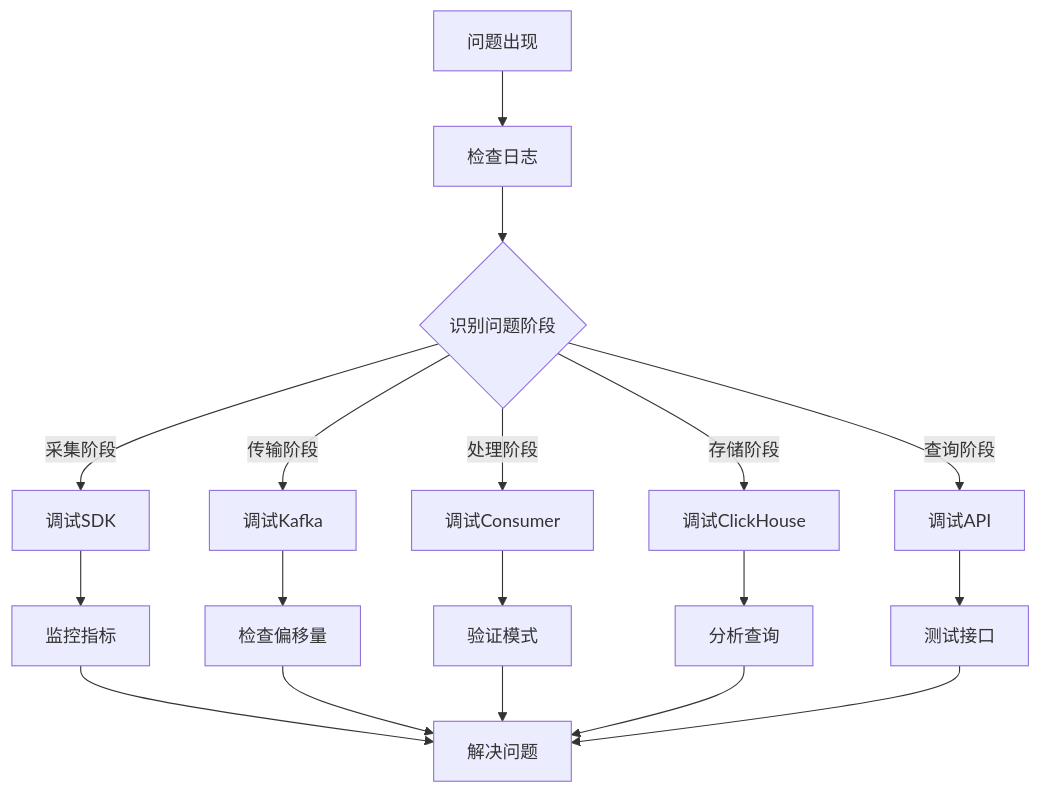
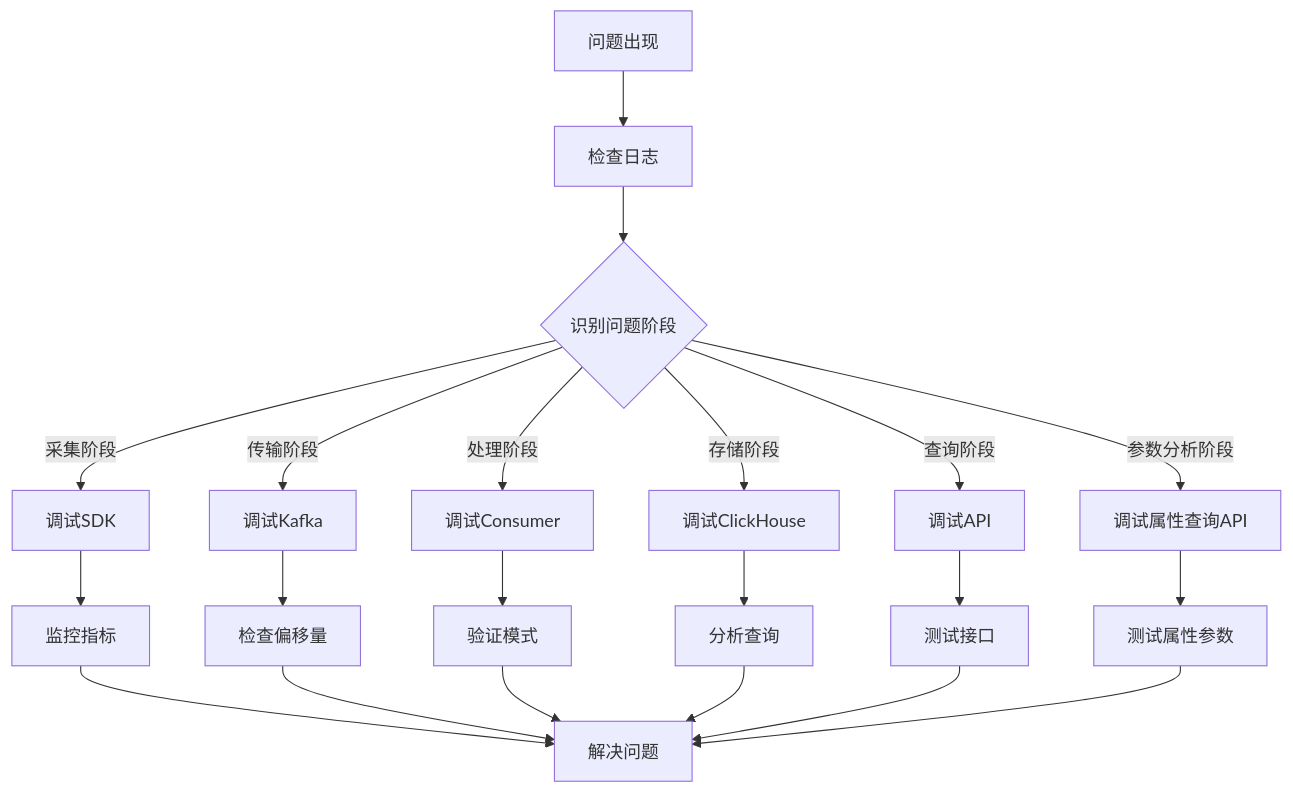
Before and after one commit to zhen-zhong/AeroLog: diagram 11 of 11 in .qoder/repowiki/zh/content/Web控制台/实时分析功能.md, drawn with Mermaid. The commit also changed other lines of this file and 84 other files, not shown here.

````diff
--- a/.qoder/repowiki/zh/content/Web控制台/实时分析功能.md
+++ b/.qoder/repowiki/zh/content/Web控制台/实时分析功能.md
@@ -430,20 +513,23 @@
 ```mermaid
 flowchart TD
 Problem[问题出现] --> CheckLogs[检查日志]
 CheckLogs --> IdentifyStage{识别问题阶段}
 IdentifyStage --> |采集阶段| DebugSDK[调试SDK]
 IdentifyStage --> |传输阶段| DebugKafka[调试Kafka]
 IdentifyStage --> |处理阶段| DebugConsumer[调试Consumer]
 IdentifyStage --> |存储阶段| DebugClickHouse[调试ClickHouse]
 IdentifyStage --> |查询阶段| DebugAPI[调试API]
+IdentifyStage --> |参数分析阶段| DebugPropertyAPI[调试属性查询API]
 DebugSDK --> MonitorMetrics[监控指标]
 DebugKafka --> CheckOffsets[检查偏移量]
 DebugConsumer --> VerifySchema[验证模式]
 DebugClickHouse --> AnalyzeQuery[分析查询]
 DebugAPI --> TestEndpoints[测试接口]
+DebugPropertyAPI --> TestPropertyParams[测试属性参数]
 MonitorMetrics --> ResolveIssue[解决问题]
 CheckOffsets --> ResolveIssue
 VerifySchema --> ResolveIssue
 AnalyzeQuery --> ResolveIssue
 TestEndpoints --> ResolveIssue
+TestPropertyParams --> ResolveIssue
 ```
````
